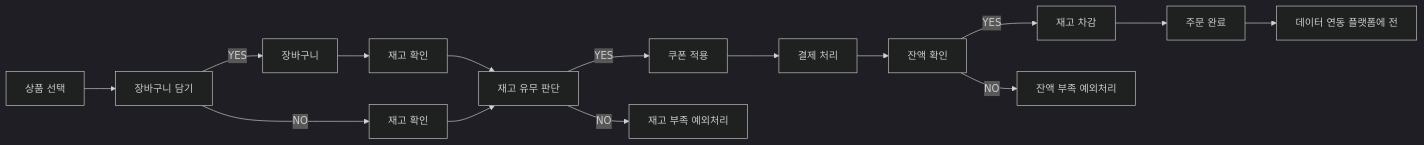
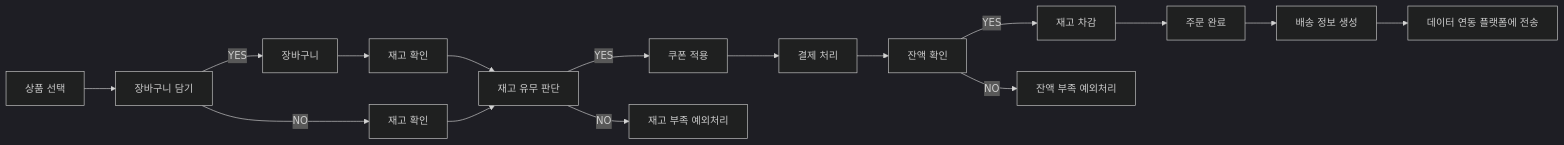
The diagram in docs/requirements-analysis.md (knowave/hhplus-ecommerce-kotlin), drawn with Mermaid (dark theme) before and after one commit. The commit also changed other lines of this file and 1 other file, not shown here.

Commit message:
FIX: diagram 수정

````diff
--- a/docs/requirements-analysis.md
+++ b/docs/requirements-analysis.md
@@ -24,17 +31,18 @@
 ```mermaid
 flowchart LR
     A[상품 선택] --> B[장바구니 담기]
     B --> |YES|C[장바구니]
     B --> |NO|D[재고 확인]
     C --> E[재고 확인]
     E --> F["재고 유무 판단"]
     D --> F["재고 유무 판단"]
     F --> |YES|G["쿠폰 적용"]
     F --> |NO|H["재고 부족 예외처리"]
     G --> I["결제 처리"]
     I --> J["잔액 확인"]
     J --> |YES|K["재고 차감"]
     J --> |NO|L["잔액 부족 예외처리"]
     K --> M["주문 완료"]
-    M --> N["데이터 연동 플랫폼에 전"]
+    M --> N["배송 정보 생성"]
+    N --> O["데이터 연동 플랫폼에 전송"]
 ```
````
